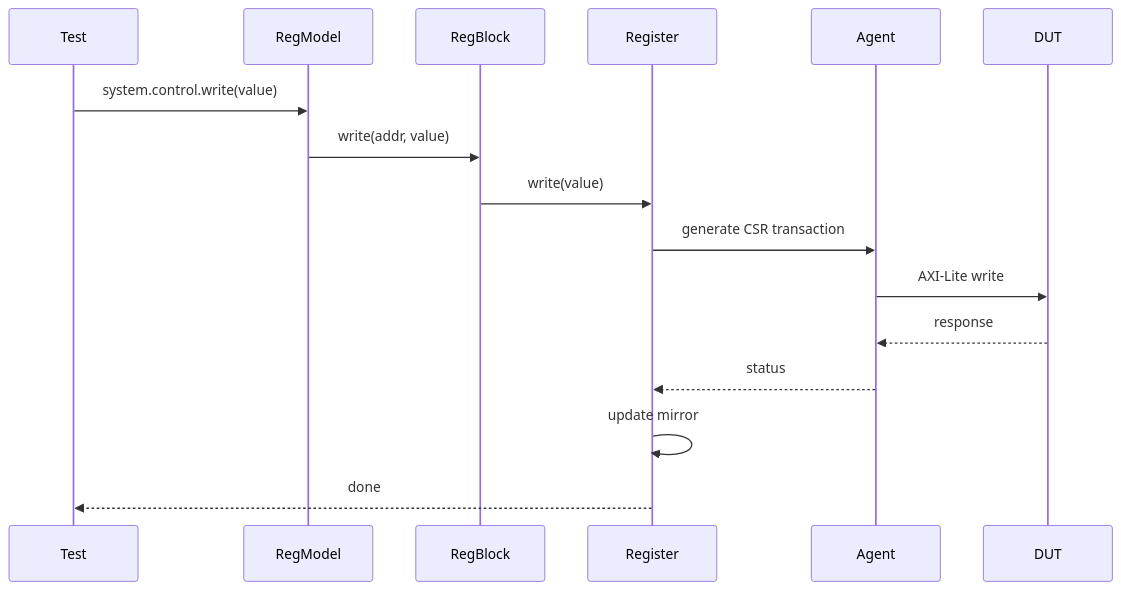
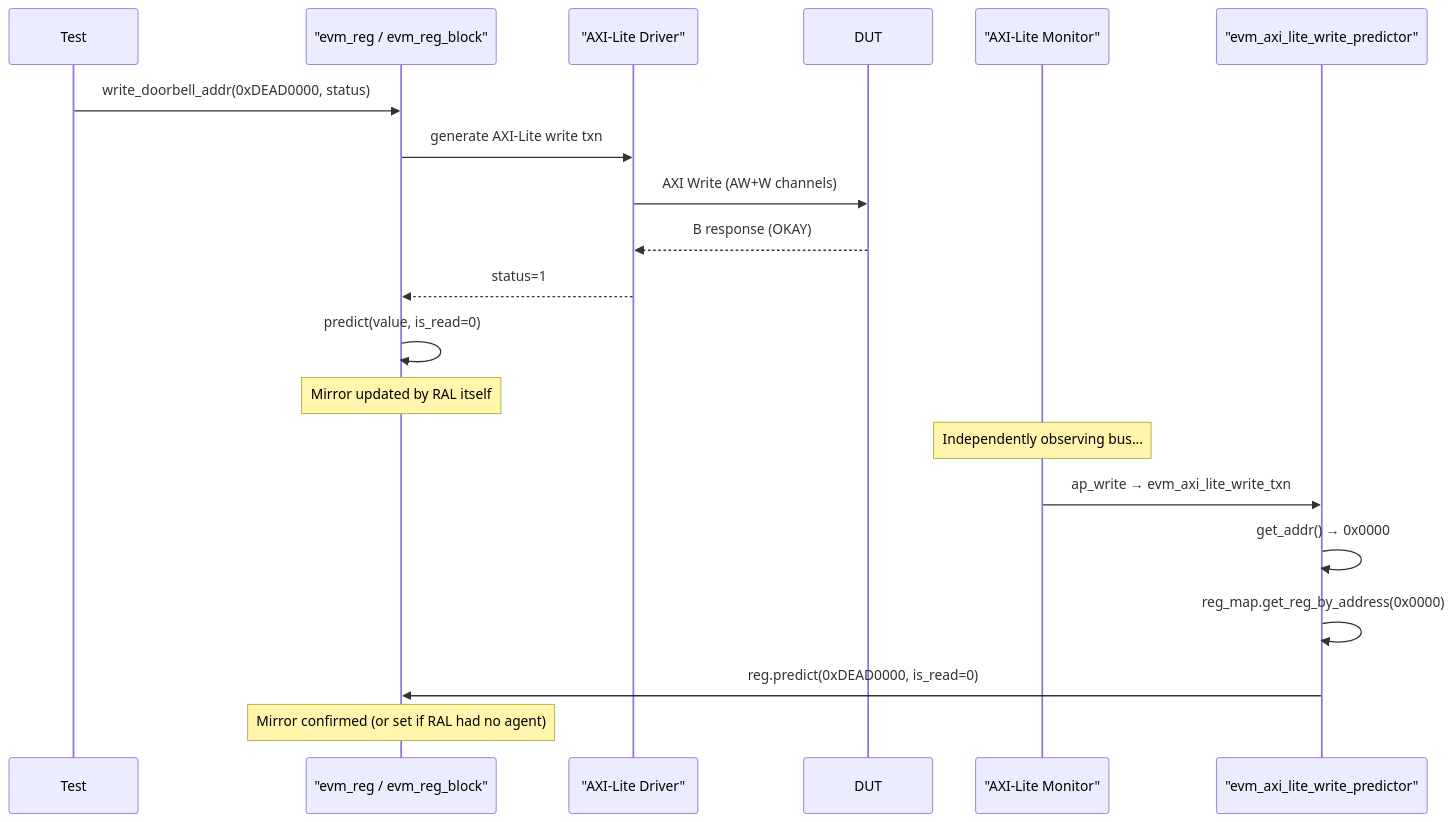
The fourth of 5 diagrams in vkit/docs/uml/02_register_model.md (DifferentialAudioInc/evm-sv), drawn with Mermaid before and after one commit. The commit also changed other lines of this file and 133 other files, not shown here.

````diff
--- a/vkit/docs/uml/02_register_model.md
+++ b/vkit/docs/uml/02_register_model.md
@@ -127,19 +197,24 @@
 ```mermaid
 sequenceDiagram
     participant Test
-    participant RegModel
-    participant RegBlock
-    participant Register
-    participant Agent
+    participant RAL as "evm_reg / evm_reg_block"
+    participant Driver as "AXI-Lite Driver"
     participant DUT
-    
-    Test->>RegModel: system.control.write(value)
-    RegModel->>RegBlock: write(addr, value)
-    RegBlock->>Register: write(value)
-    Register->>Agent: generate CSR transaction
-    Agent->>DUT: AXI-Lite write
-    DUT-->>Agent: response
-    Agent-->>Register: status
-    Register->>Register: update mirror
-    Register-->>Test: done
+    participant Monitor as "AXI-Lite Monitor"
+    participant Predictor as "evm_axi_lite_write_predictor"
+
+    Test->>RAL: write_doorbell_addr(0xDEAD0000, status)
+    RAL->>Driver: generate AXI-Lite write txn
+    Driver->>DUT: AXI Write (AW+W channels)
+    DUT-->>Driver: B response (OKAY)
+    Driver-->>RAL: status=1
+    RAL->>RAL: predict(value, is_read=0)
+    Note over RAL: Mirror updated by RAL itself
+
+    Note over Monitor: Independently observing bus...
+    Monitor->>Predictor: ap_write → evm_axi_lite_write_txn
+    Predictor->>Predictor: get_addr() → 0x0000
+    Predictor->>Predictor: reg_map.get_reg_by_address(0x0000)
+    Predictor->>RAL: reg.predict(0xDEAD0000, is_read=0)
+    Note over RAL: Mirror confirmed (or set if RAL had no agent)
 ```
````
